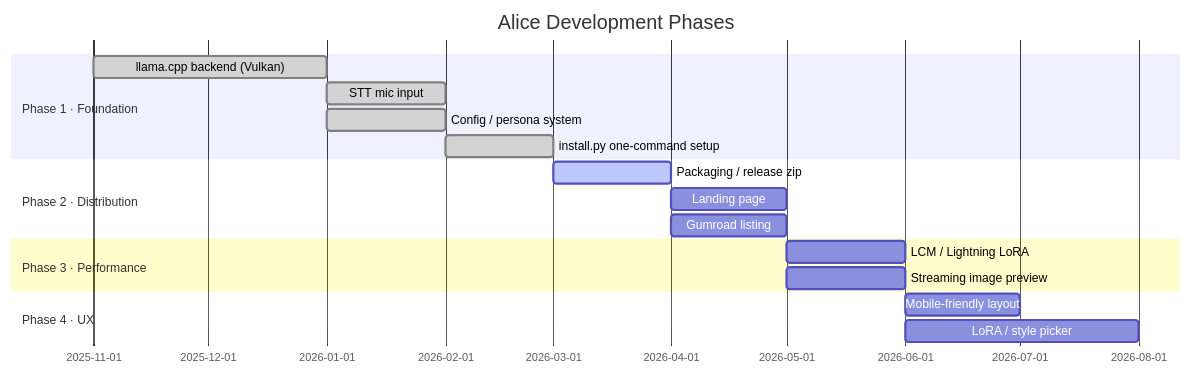
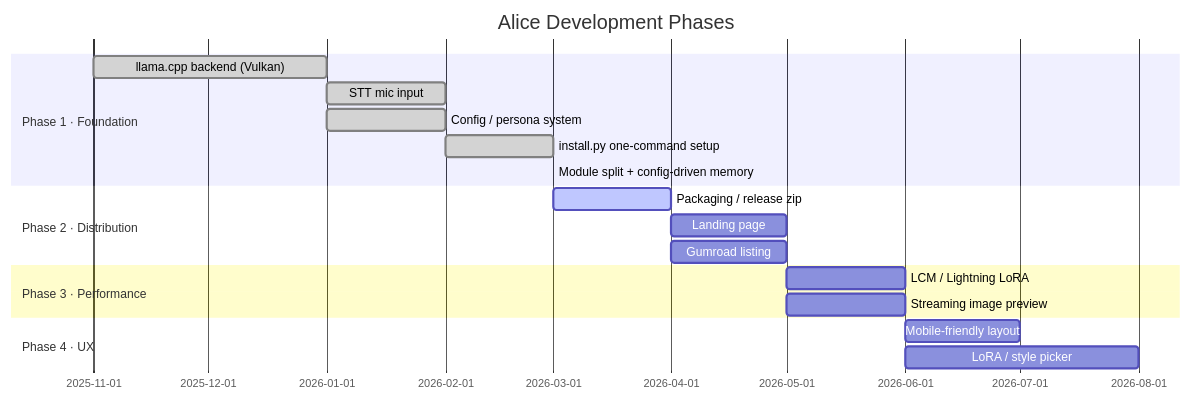
Before and after one commit to cschladetsch/PyLocalEnsemble: the second of 3 diagrams in Roadmap.md, drawn with Mermaid. The commit also changed other lines of this file and 1 other file, not shown here.

Commit message:
Update docs: module structure, config-driven memory, new diagrams

````diff
--- a/Roadmap.md
+++ b/Roadmap.md
@@ -61,24 +78,25 @@
 ```mermaid
 gantt
     dateFormat  YYYY-MM
     title Alice Development Phases
 
     section Phase 1 · Foundation
     llama.cpp backend (Vulkan)     :done, 2025-11, 2026-01
     STT mic input                  :done, 2026-01, 2026-02
     Config / persona system        :done, 2026-01, 2026-02
     install.py one-command setup   :done, 2026-02, 2026-03
+    Module split + config-driven memory :done, 2026-03, 2026-03
 
     section Phase 2 · Distribution
     Packaging / release zip        :active, 2026-03, 2026-04
     Landing page                   :2026-04, 2026-05
     Gumroad listing                :2026-04, 2026-05
 
     section Phase 3 · Performance
     LCM / Lightning LoRA           :2026-05, 2026-06
     Streaming image preview        :2026-05, 2026-06
 
     section Phase 4 · UX
     Mobile-friendly layout         :2026-06, 2026-07
     LoRA / style picker            :2026-06, 2026-08
 ```
````
